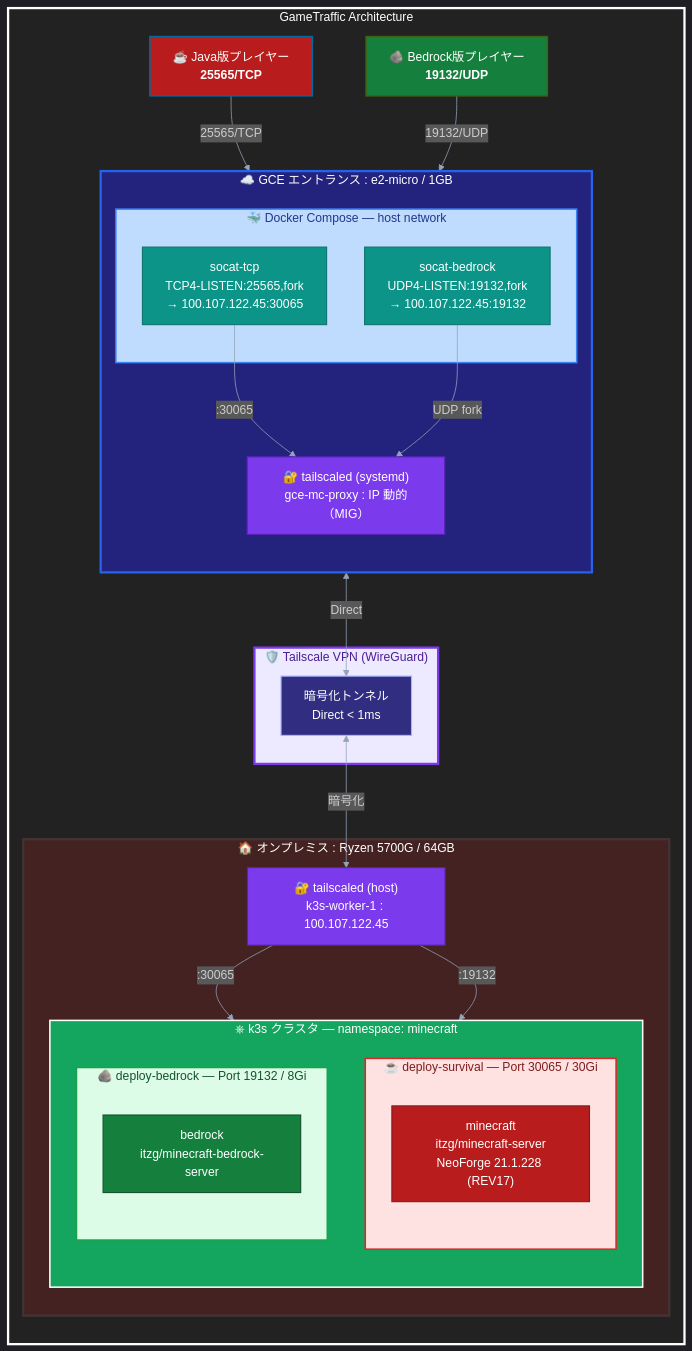
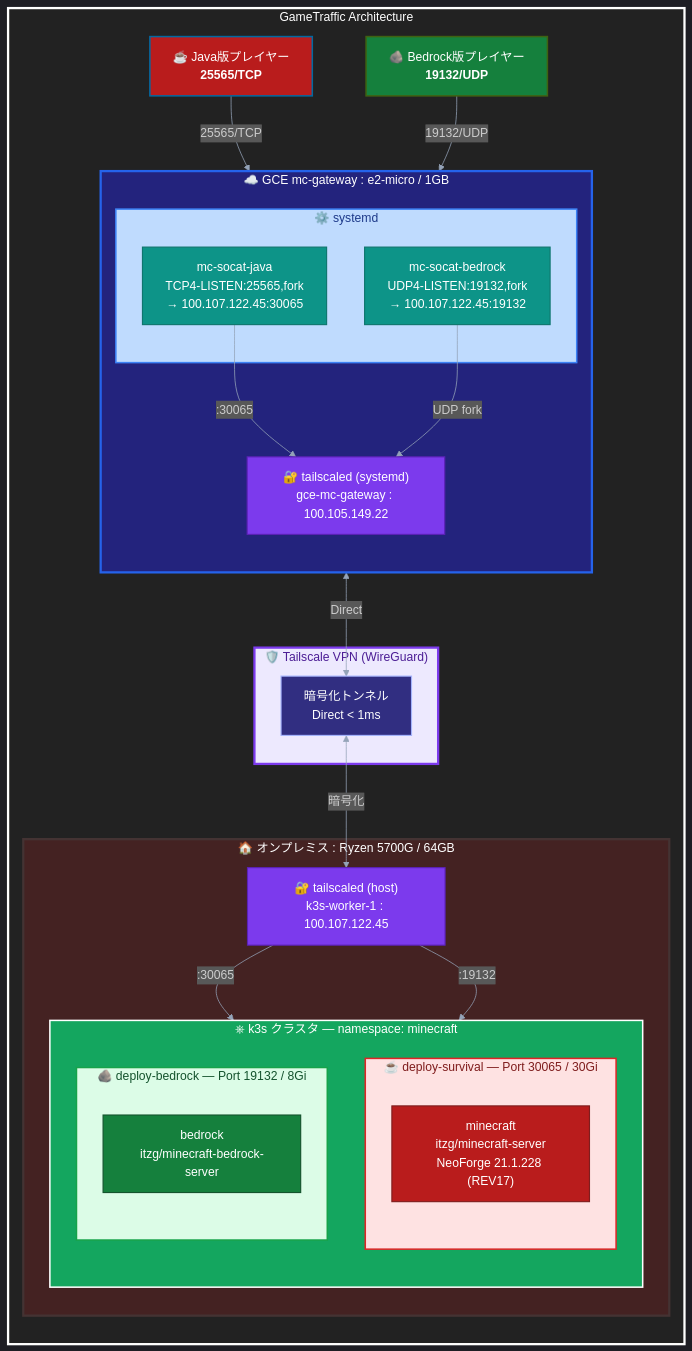
Before and after one commit to Tagomori0211/Minecraft-on-Kubernetes: the diagram in Documents/Mermaids/infrastructure.mermaid, drawn with Mermaid. The commit also changed 25 other files, not shown here.

```diff
--- a/Documents/Mermaids/infrastructure.mermaid
+++ b/Documents/Mermaids/infrastructure.mermaid
@@ -1,84 +1,84 @@
 %%{init: {'theme':'dark', 'themeVariables': {
   'lineColor':'#94a3b8'
 }}}%%
 flowchart LR
 subgraph Legend["GameTraffic Architecture"]
     %% ───────────── プレイヤー ─────────────
     Player_Java["☕ Java版プレイヤー<br/><b>25565/TCP</b>"]
     Player_Bedrock["🪨 Bedrock版プレイヤー<br/><b>19132/UDP</b>"]
 
     %% ───────────── GCE エントランス ─────────────
-    subgraph GCE["☁️ GCE エントランス : e2-micro / 1GB"]
+    subgraph GCE["☁️ GCE mc-gateway : e2-micro / 1GB"]
         direction TB
-        subgraph Compose["🐳 Docker Compose — host network"]
-            SocatTCP["socat-tcp<br/>TCP4-LISTEN:25565,fork<br/>→ 100.107.122.45:30065"]
-            SocatUDP["socat-bedrock<br/>UDP4-LISTEN:19132,fork<br/>→ 100.107.122.45:19132"]
+        subgraph Compose["⚙️ systemd"]
+            SocatTCP["mc-socat-java<br/>TCP4-LISTEN:25565,fork<br/>→ 100.107.122.45:30065"]
+            SocatUDP["mc-socat-bedrock<br/>UDP4-LISTEN:19132,fork<br/>→ 100.107.122.45:19132"]
         end
-        TailscaledGCE["🔐 tailscaled (systemd)<br/>gce-mc-proxy : IP 動的（MIG）"]
+        TailscaledGCE["🔐 tailscaled (systemd)<br/>gce-mc-gateway : 100.105.149.22"]
     end
 
     %% ───────────── Tailscale VPN ─────────────
     subgraph TS["🛡️ Tailscale VPN (WireGuard)"]
         TS_Net["暗号化トンネル<br/>Direct < 1ms"]
     end
 
     %% ───────────── オンプレ k3s ─────────────
     subgraph Onprem["🏠 オンプレミス : Ryzen 5700G / 64GB"]
         TailscaledK3s["🔐 tailscaled (host)<br/>k3s-worker-1 : 100.107.122.45"]
         subgraph K3s["⎈ k3s クラスタ — namespace: minecraft"]
             direction TB
             subgraph Survival["☕ deploy-survival — Port 30065 / 30Gi"]
                 direction TB
                 SvMc["minecraft<br/>itzg/minecraft-server<br/>NeoForge 21.1.228 (REV17)"]
 
             end
             subgraph Bedrock["🪨 deploy-bedrock — Port 19132 / 8Gi"]
                 direction TB
                 BdSrv["bedrock<br/>itzg/minecraft-bedrock-server"]
 
             end
 
         end
     end
 end
 
     %% ───────────── データフロー ─────────────
     Player_Java    -->|"25565/TCP"| SocatTCP
     Player_Bedrock -->|"19132/UDP"| SocatUDP
 
     SocatTCP -->|":30065"| TailscaledGCE
     SocatUDP -->|"UDP fork"| TailscaledGCE
     TailscaledGCE <-->|"Direct"| TS_Net
     TS_Net <-->|"暗号化"| TailscaledK3s
 
     TailscaledK3s -->|":30065"| Survival
     TailscaledK3s -->|":19132"| Bedrock
 
 
 
     %% ───────────── スタイル ─────────────
     classDef player    fill:#b91c1c,color:#fff,stroke:#0369a1,stroke-width:2px;
     classDef playerBed fill:#15803d,color:#fff,stroke:#3f6212,stroke-width:2px;
     classDef socat     fill:#0d9488,color:#fff,stroke:#0f766e,stroke-width:1.5px;
     classDef tsnode    fill:#7c3aed,color:#fff,stroke:#5b21b6,stroke-width:1.5px;
     classDef tsnet     fill:#312e81,color:#fff,stroke:#a5b4fc,stroke-width:1.5px;
     classDef svComp    fill:#b91c1c,color:#fff,stroke:#7f1d1d,stroke-width:1.5px;
     classDef bdComp    fill:#15803d,color:#fff,stroke:#14532d,stroke-width:1.5px;
     classDef ext       fill:#1e293b,color:#e2e8f0,stroke:#64748b,stroke-width:1.5px;
 
     class Player_Java player;
     class Player_Bedrock playerBed;
     class SocatTCP,SocatUDP socat;
     class TailscaledGCE,TailscaledK3s tsnode;
     class TS_Net tsnet;
     class SvMc,SvMon,SvLog svComp;
     class BdSrv,BdMon bdComp;
     
     style GCE        fill:#23237d,color:#ffffff,stroke:#2563eb,stroke-width:3px;
     style Compose    fill:#bfdbfe,color:#1e3a8a,stroke:#3b82f6,stroke-width:2px;
     style TS         fill:#ede9fe,color:#4c1d95,stroke:#7c3aed,stroke-width:3px;
     style Onprem     fill:#442222,color:#ffffff,stroke:#443333,stroke-width:3px;
     style K3s        fill:#14A65F,color:#ffffff,stroke:#fff,stroke-width:2px;
     style Survival   fill:#fee2e2,color:#7f1d1d,stroke:#dc2626,stroke-width:2px;
     style Bedrock    fill:#dcfce7,color:#14532d,stroke:#16a34a,stroke-width:2px;
     style Legend     fill:#222222,color:#ffffff,stroke:#ffffff,stroke-width:3px;
```
